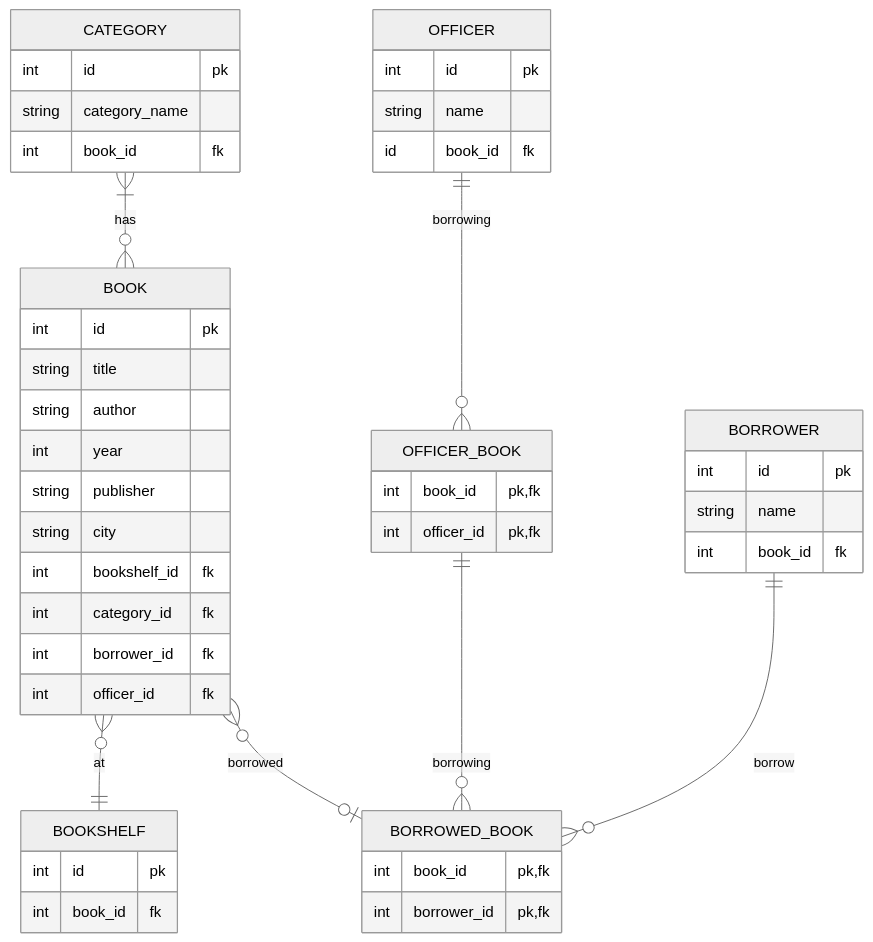
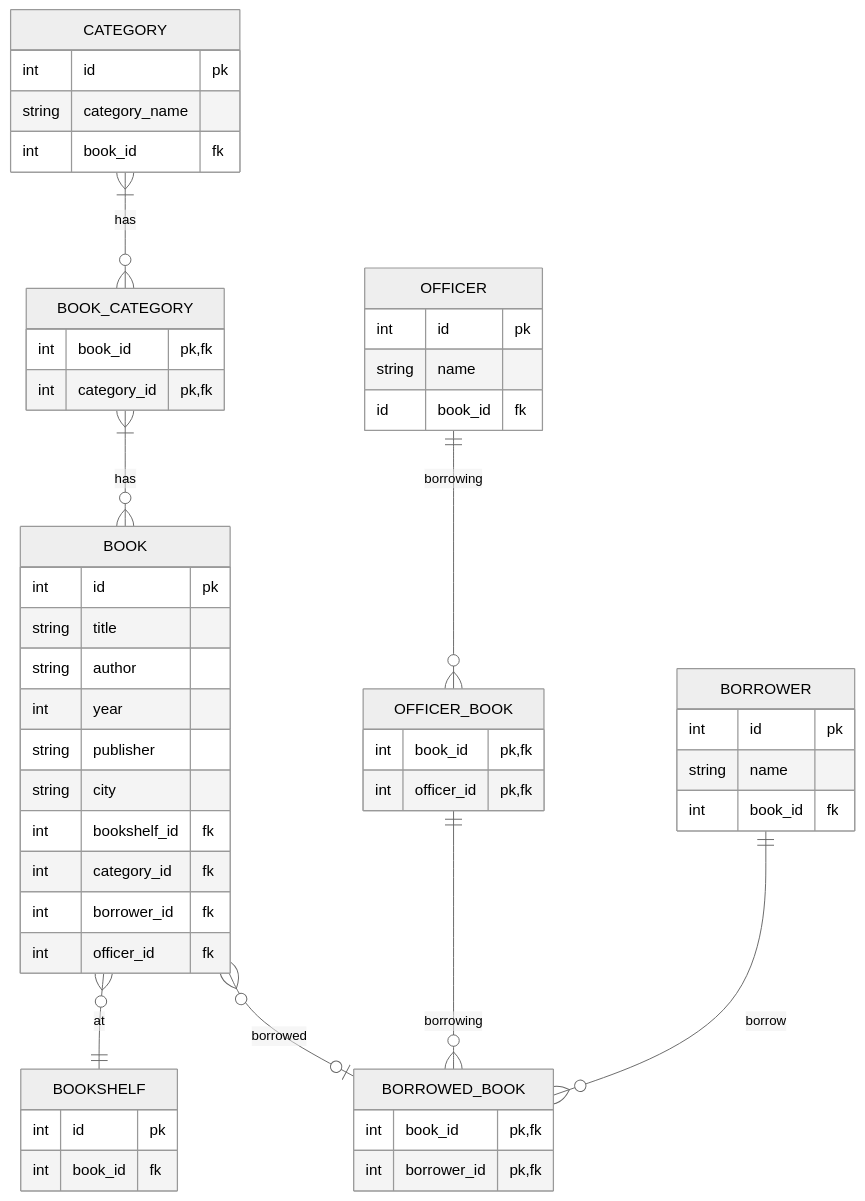
One commit to Arif14377/koda-b6-db1 changed the diagram in README.md. Above: the diagram before and after it, drawn with Mermaid (neutral theme).

Commit message:
feat: create book_category table to normalize database (erd)

````diff
--- a/README.md
+++ b/README.md
@@ -1,55 +1,61 @@
 ```mermaid
     erDiagram
         BOOK }o--|| BOOKSHELF : at
         BOOK {
             int id pk
             string title
             string author
             int year
             string publisher
             string city
             int bookshelf_id fk
             int category_id fk
             int borrower_id fk
             int officer_id fk
         }
 
 
         BOOK }o--o| BORROWED_BOOK : borrowed
         BORROWED_BOOK {
             int book_id pk, fk
             int borrower_id pk, fk
         }
 
         OFFICER_BOOK ||--o{ BORROWED_BOOK : borrowing
         OFFICER_BOOK {
             int book_id pk, fk
             int officer_id pk, fk
         }
 
         BOOKSHELF {
             int id pk
             int book_id fk
         }
 
         OFFICER ||--o{ OFFICER_BOOK : borrowing
         OFFICER {
             int id pk
             string name
             id book_id fk
         }
 
         BORROWER ||--o{ BORROWED_BOOK : borrow
         BORROWER {
             int id pk
             string name
             int book_id fk
         }
 
-        CATEGORY }|--o{ BOOK : has
+        CATEGORY }|--o{ BOOK_CATEGORY : has
         CATEGORY {
             int id pk
             string category_name
             int book_id fk
         }
+
+        BOOK_CATEGORY }|--o{ BOOK : has
+        BOOK_CATEGORY {
+            int book_id pk, fk
+            int category_id pk, fk
+        }
 ```
````
